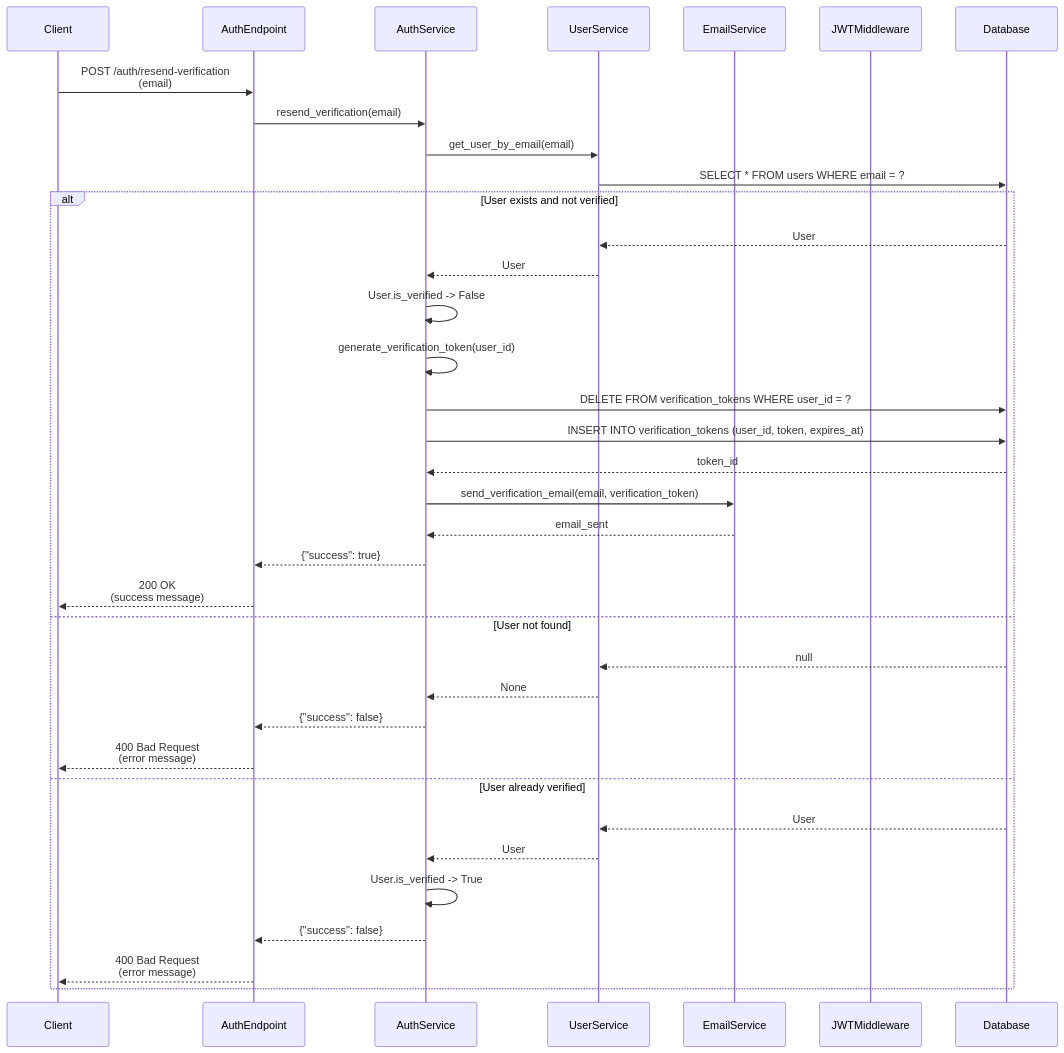
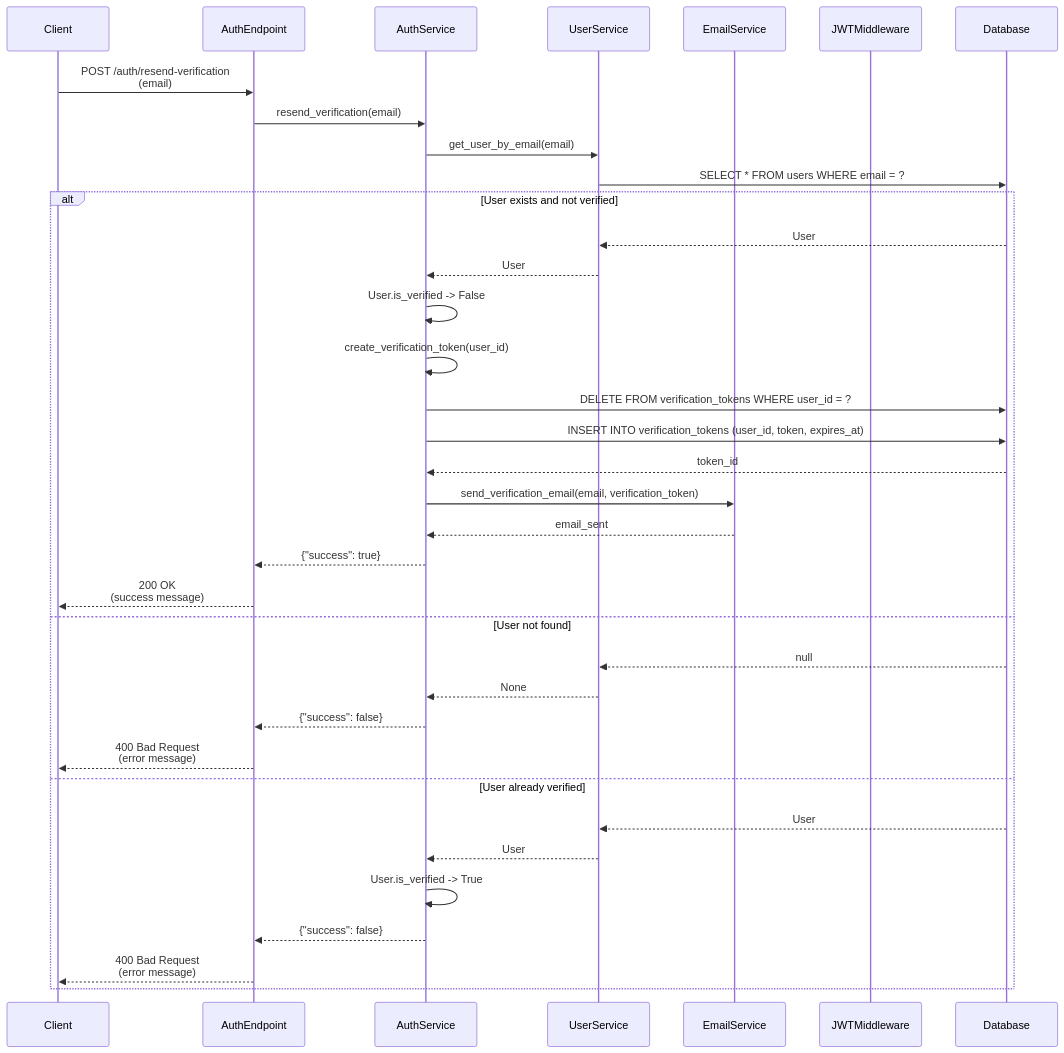
The third of 6 diagrams in docs/business_logic/sequence_diagrams.md (marcelovet/rest_ecommerce), drawn with Mermaid before and after one commit. The commit also changed other lines of this file and 12 other files, not shown here.

````diff
--- a/docs/business_logic/sequence_diagrams.md
+++ b/docs/business_logic/sequence_diagrams.md
@@ -82,40 +82,40 @@
 ```mermaid
 sequenceDiagram
     participant C as Client
     participant AE as AuthEndpoint
     participant AS as AuthService
     participant US as UserService
     participant ES as EmailService
     participant JM as JWTMiddleware
     participant DB as Database
 
     %% Resend Verification Email
     C->>AE: POST /auth/resend-verification<br>(email)
     AE->>AS: resend_verification(email)
     AS->>US: get_user_by_email(email)
     US->>DB: SELECT * FROM users WHERE email = ?
     alt User exists and not verified
         DB-->>US: User
         US-->>AS: User
         AS->>AS: User.is_verified -> False
-        AS->>AS: generate_verification_token(user_id)
+        AS->>AS: create_verification_token(user_id)
         AS->>DB: DELETE FROM verification_tokens WHERE user_id = ?
         AS->>DB: INSERT INTO verification_tokens (user_id, token, expires_at)
         DB-->>AS: token_id
         AS->>ES: send_verification_email(email, verification_token)
         ES-->>AS: email_sent
         AS-->>AE: {"success": true}
         AE-->>C: 200 OK<br>(success message)
     else User not found
         DB-->>US: null
         US-->>AS: None
         AS-->>AE: {"success": false}
         AE-->>C: 400 Bad Request<br>(error message)
     else User already verified
         DB-->>US: User
         US-->>AS: User
         AS->>AS: User.is_verified -> True
         AS-->>AE: {"success": false}
         AE-->>C: 400 Bad Request<br>(error message)
     end
 ```
````
